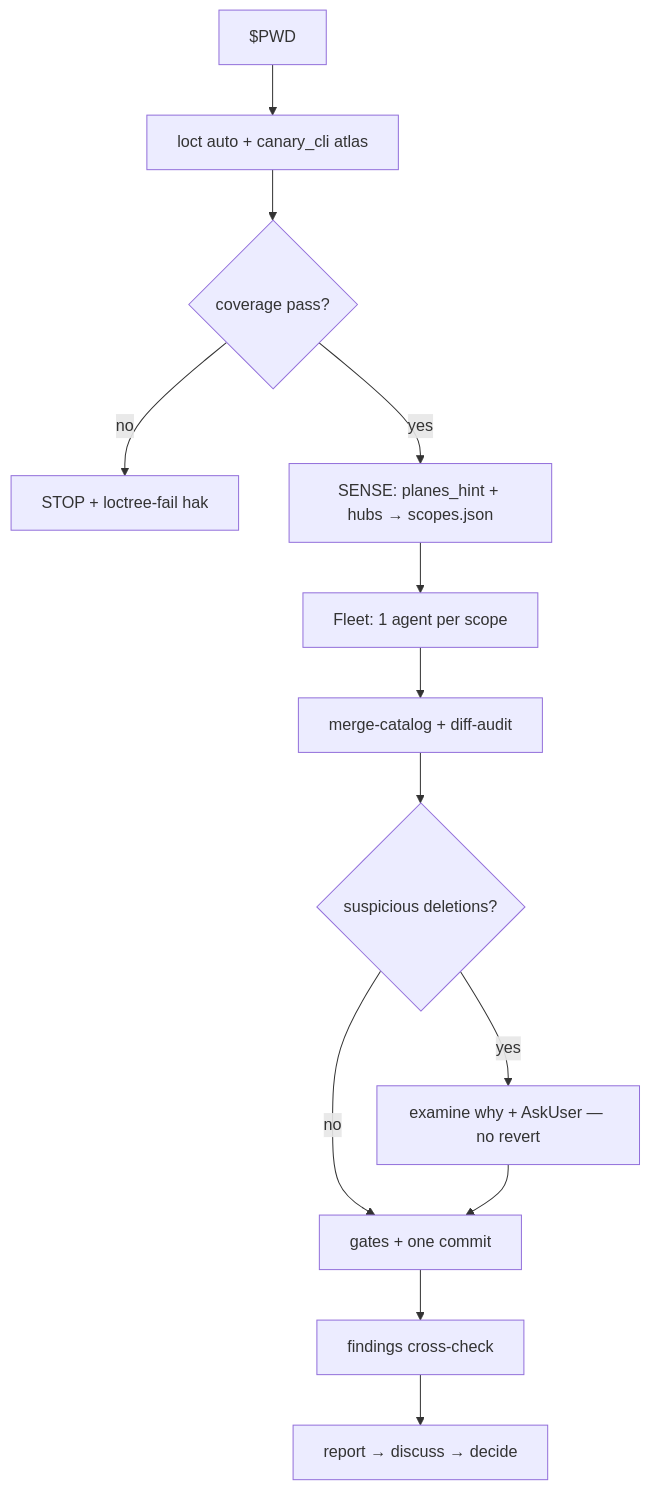
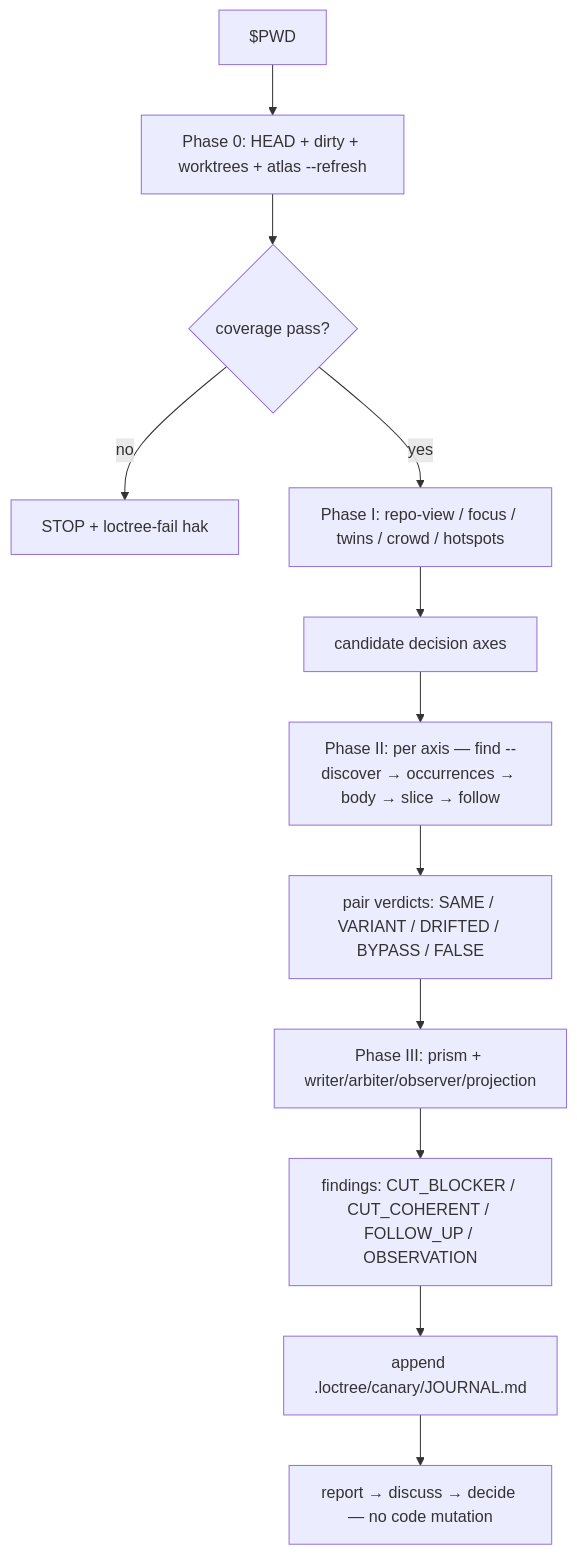
Before and after one commit to VetCoders/vibecrafted: the diagram in vibecrafted-core/vibecrafted_core/skills/pl/vc-canary/FLOW.md, drawn with Mermaid. The commit also changed other lines of this file and 3 other files, not shown here.

````diff
--- a/vibecrafted-core/vibecrafted_core/skills/pl/vc-canary/FLOW.md
+++ b/vibecrafted-core/vibecrafted_core/skills/pl/vc-canary/FLOW.md
@@ -3,15 +3,14 @@
 ```mermaid
 flowchart TD
-  A[$PWD] --> B[loct auto + canary_cli atlas]
+  A[$PWD] --> B[Phase 0: HEAD + dirty + worktrees + atlas --refresh]
   B --> C{coverage pass?}
   C -->|no| D[STOP + loctree-fail hak]
-  C -->|yes| E[SENSE: planes_hint + hubs → scopes.json]
-  E --> F[Fleet: 1 agent per scope]
-  F --> G[merge-catalog + diff-audit]
-  G --> H{suspicious deletions?}
-  H -->|yes| I[examine why + AskUser — no revert]
-  H -->|no| J[gates + one commit]
-  I --> J
-  J --> K[findings cross-check]
-  K --> L[report → discuss → decide]
+  C -->|yes| E[Phase I: repo-view / focus / twins / crowd / hotspots]
+  E --> F[candidate decision axes]
+  F --> G[Phase II: per axis — find --discover → occurrences → body → slice → follow]
+  G --> H[pair verdicts: SAME / VARIANT / DRIFTED / BYPASS / FALSE]
+  H --> I[Phase III: prism + writer/arbiter/observer/projection]
+  I --> J[findings: CUT_BLOCKER / CUT_COHERENT / FOLLOW_UP / OBSERVATION]
+  J --> K[append .loctree/canary/JOURNAL.md]
+  K --> L[report → discuss → decide — no code mutation]
 ```
````
